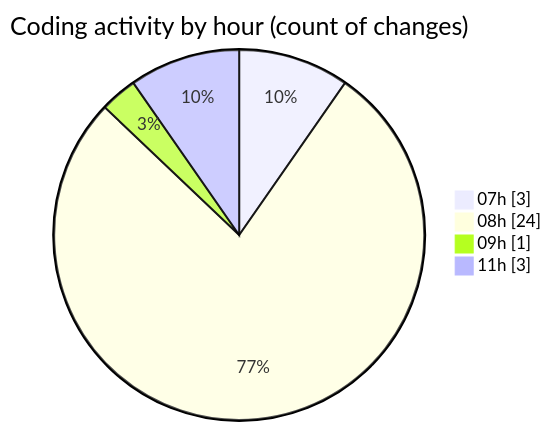
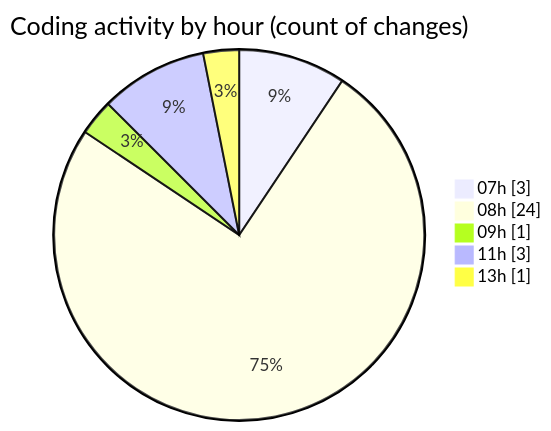
One commit to becaeroporto-bot/code-tracking changed the second of 2 diagrams in 2026-02-20/bot_i_a/README.md. Above: the diagram before and after it, drawn with Mermaid. The commit also changed other lines of this file and 1 other file, not shown here.

````diff
--- a/2026-02-20/bot_i_a/README.md
+++ b/2026-02-20/bot_i_a/README.md
@@ -43,8 +45,9 @@
 ```mermaid
 pie showData
 title Coding activity by hour (count of changes)
 "07h" : 3
 "08h" : 24
 "09h" : 1
 "11h" : 3
+"13h" : 1
 ```
````
